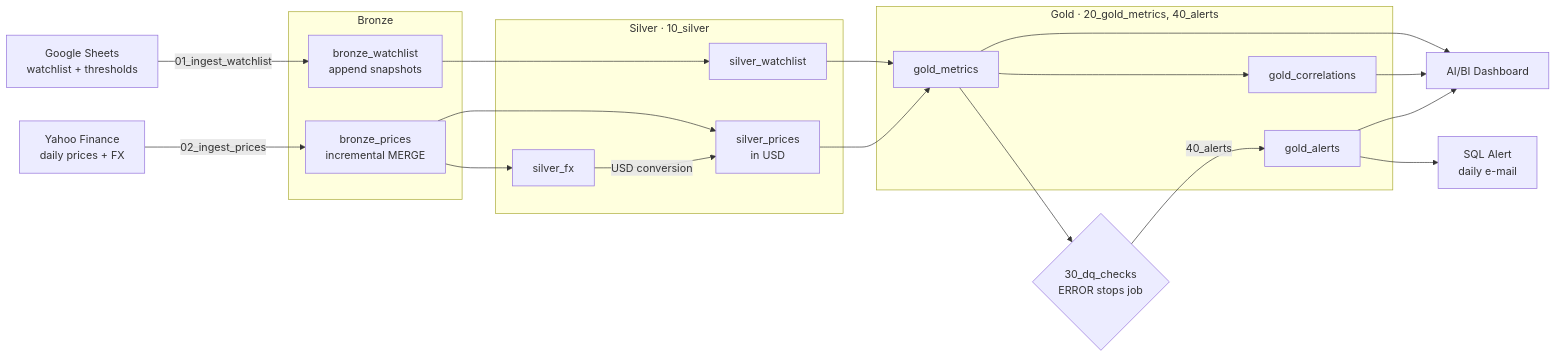
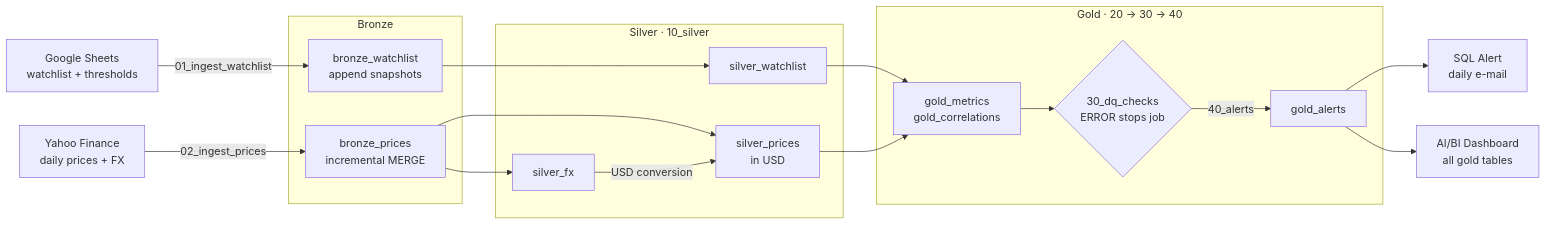
Before and after one commit to TomPetrikCode/market-watch: the diagram in README.md, drawn with Mermaid.

Commit message:
docs: one more fix for architecture diagram

````diff
--- a/README.md
+++ b/README.md
@@ -24,36 +24,33 @@
 ```mermaid
 flowchart LR
     GS[Google Sheets<br/>watchlist + thresholds] -->|01_ingest_watchlist| B1
     YF[Yahoo Finance<br/>daily prices + FX] -->|02_ingest_prices| B2
 
     subgraph Bronze
         B1[bronze_watchlist<br/>append snapshots]
         B2[bronze_prices<br/>incremental MERGE]
     end
 
     subgraph Silver["Silver · 10_silver"]
         S1[silver_watchlist]
         S2[silver_fx]
         S3[silver_prices<br/>in USD]
     end
 
-    subgraph Gold["Gold · 20_gold_metrics, 40_alerts"]
-        G1[gold_metrics]
-        G2[gold_correlations]
+    subgraph Gold["Gold · 20 → 30 → 40"]
+        G1[gold_metrics<br/>gold_correlations]
+        DQ{30_dq_checks<br/>ERROR stops job}
         G3[gold_alerts]
     end
 
     B1 --> S1
     B2 --> S2
     B2 --> S3
     S2 -->|USD conversion| S3
     S1 --> G1
     S3 --> G1
-    G1 --> G2
-    G1 --> DQ{30_dq_checks<br/>ERROR stops job}
+    G1 --> DQ
     DQ -->|40_alerts| G3
     G3 --> AL[SQL Alert<br/>daily e-mail]
-    G1 --> DB[AI/BI Dashboard]
-    G2 --> DB
-    G3 --> DB
+    G3 --> DB[AI/BI Dashboard<br/>all gold tables]
 ```
````
